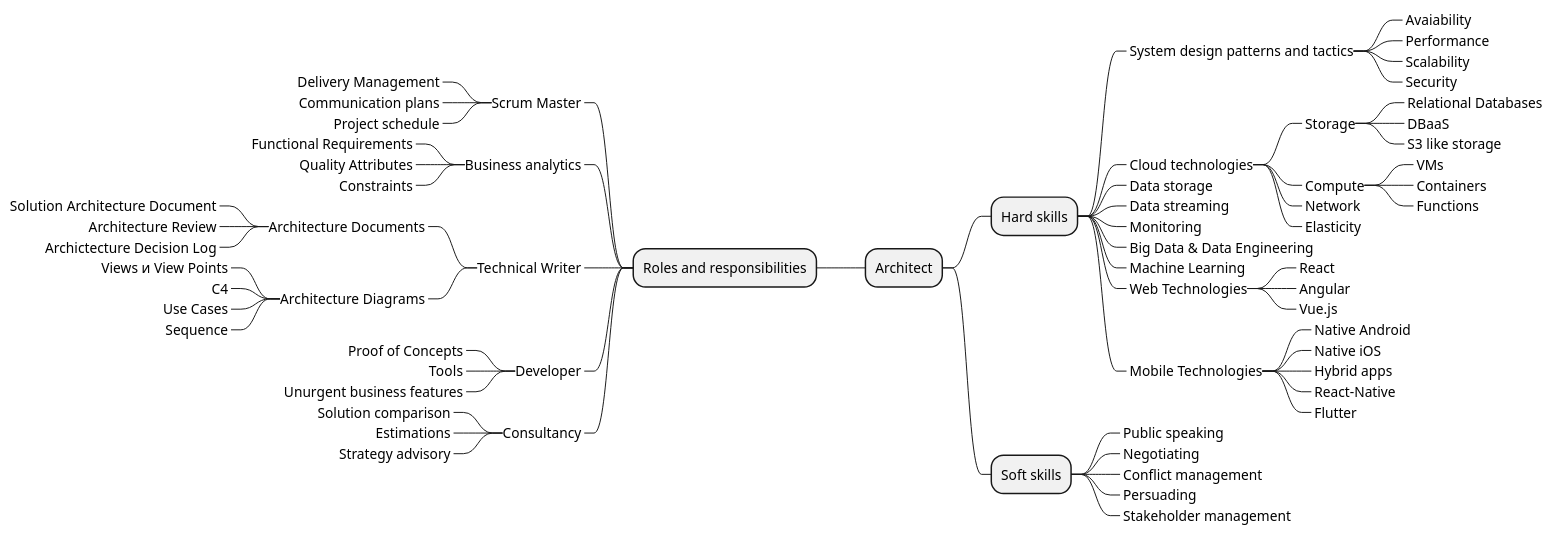
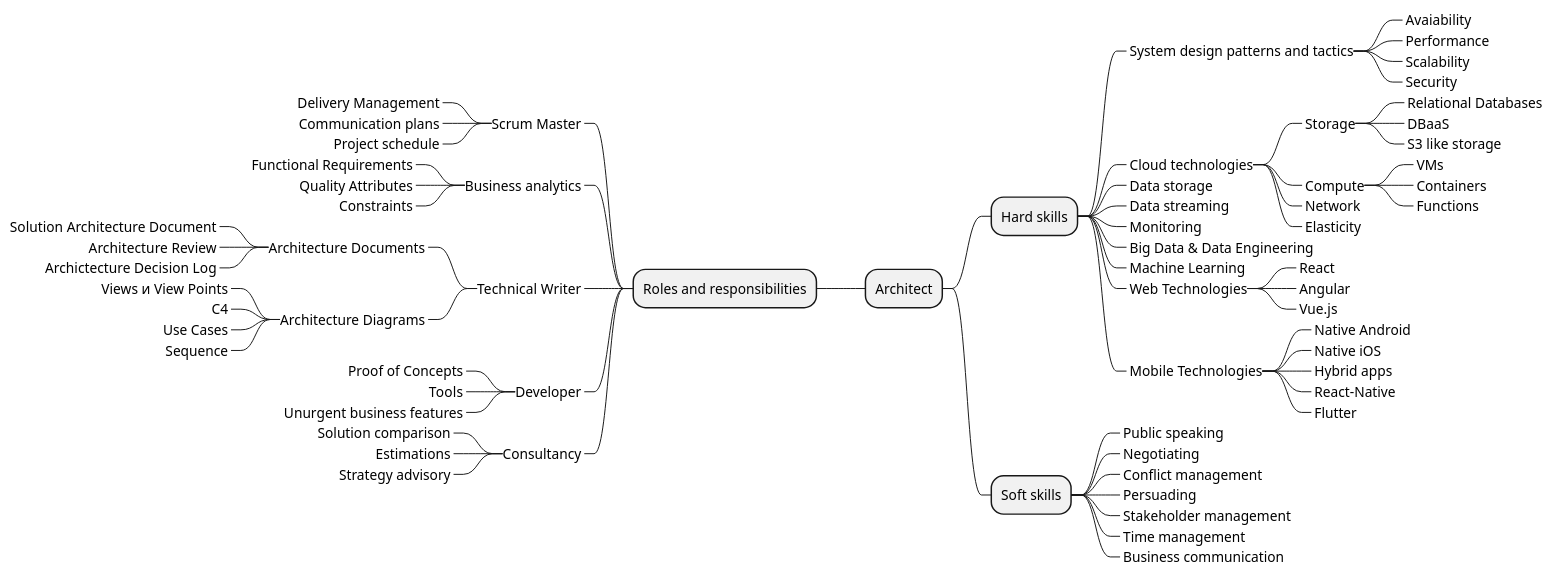
The diagram in roadmap-en.puml (vvsevolodovich/solution-architect-roadmap), drawn with PlantUML before and after one commit.

```diff
--- a/roadmap-en.puml
+++ b/roadmap-en.puml
@@ -1,77 +1,79 @@
 @startmindmap
 * Architect
 
 right side 
 
 ** Hard skills
 ***_ System design patterns and tactics
 ****_ Avaiability
 ****_ Performance
 ****_ Scalability
 ****_ Security
 ***_ Cloud technologies
 ****_ Storage
 *****_ Relational Databases
 *****_ DBaaS
 *****_ S3 like storage
 ****_ Compute
 *****_ VMs
 *****_ Containers
 *****_ Functions
 ****_ Network
 ****_ Elasticity
 ***_ Data storage
 ***_ Data streaming
 ***_ Monitoring
 ***_ Big Data & Data Engineering
 ***_ Machine Learning
 ***_ Web Technologies
 ****_ React
 ****_ Angular
 ****_ Vue.js
 ***_ Mobile Technologies
 ****_ Native Android
 ****_ Native iOS
 ****_ Hybrid apps
 ****_ React-Native
 ****_ Flutter
 
 ** Soft skills
 ***_ Public speaking
 ***_ Negotiating
 ***_ Conflict management
 ***_ Persuading
 ***_ Stakeholder management
+***_ Time management
+***_ Business communication
 
 left side 
 
 ** Roles and responsibilities
 ***_ Scrum Master
 ****_ Delivery Management
 ****_ Communication plans
 ****_ Project schedule
 ***_ Business analytics
 ****_ Functional Requirements
 ****_ Quality Attributes
 ****_ Constraints
 ***_ Technical Writer
 ****_ Architecture Documents
 *****_ Solution Architecture Document
 *****_ Architecture Review
 *****_ Archictecture Decision Log
 ****_ Architecture Diagrams
 *****_ Views и View Points
 *****_ C4
 *****_ Use Cases
 *****_ Sequence
 ***_ Developer
 ****_ Proof of Concepts
 ****_ Tools
 ****_ Unurgent business features
 ***_ Consultancy
 ****_ Solution comparison
 ****_ Estimations
 ****_ Strategy advisory
 
 
 @endmindmap
```
